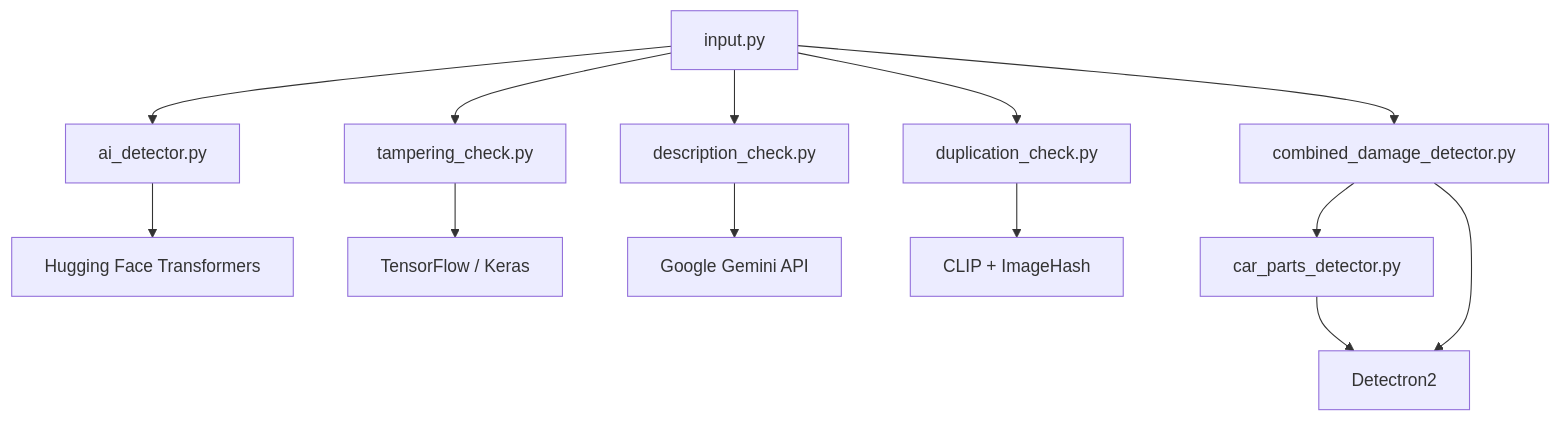
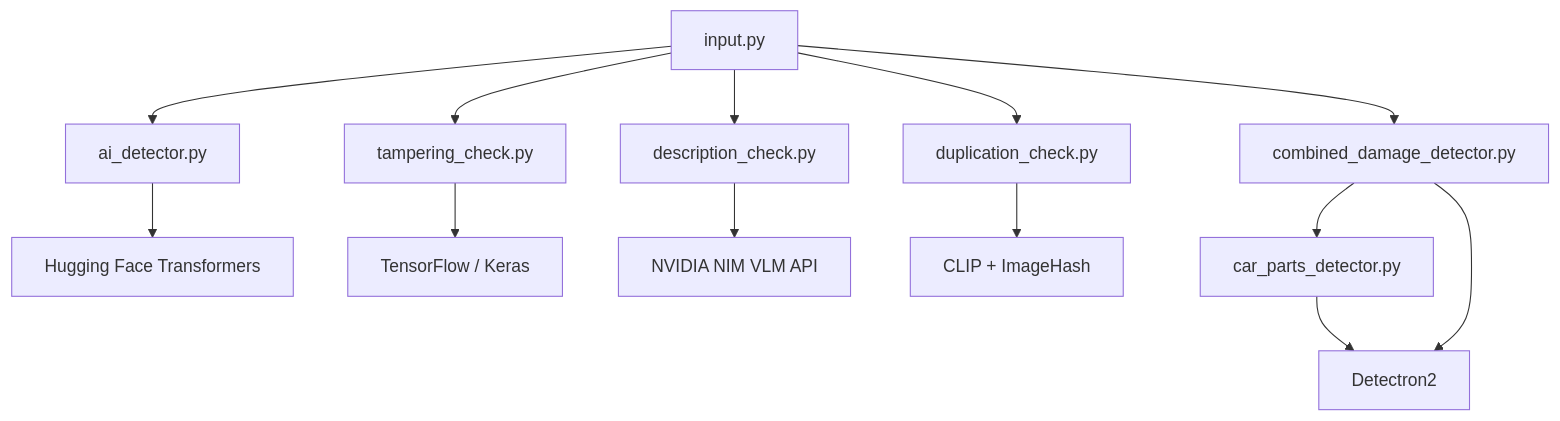
The diagram in README.md (Harshit-Lalwani/Agentic-Insurance-Fraud-Detection), drawn with Mermaid before and after one commit. The commit also changed other lines of this file and 2 other files, not shown here.

````diff
--- a/README.md
+++ b/README.md
@@ -783,16 +785,16 @@
 ```mermaid
 graph TD
     A[input.py] --> B[ai_detector.py]
     A --> C[tampering_check.py]
     A --> D[description_check.py]
     A --> E[duplication_check.py]
     A --> F[combined_damage_detector.py]
     F --> G[car_parts_detector.py]
     
     B --> H[Hugging Face Transformers]
     C --> I[TensorFlow / Keras]
-    D --> J[Google Gemini API]
+    D --> J[NVIDIA NIM VLM API]
     E --> K[CLIP + ImageHash]
     F --> L[Detectron2]
     G --> L
 ```
````
